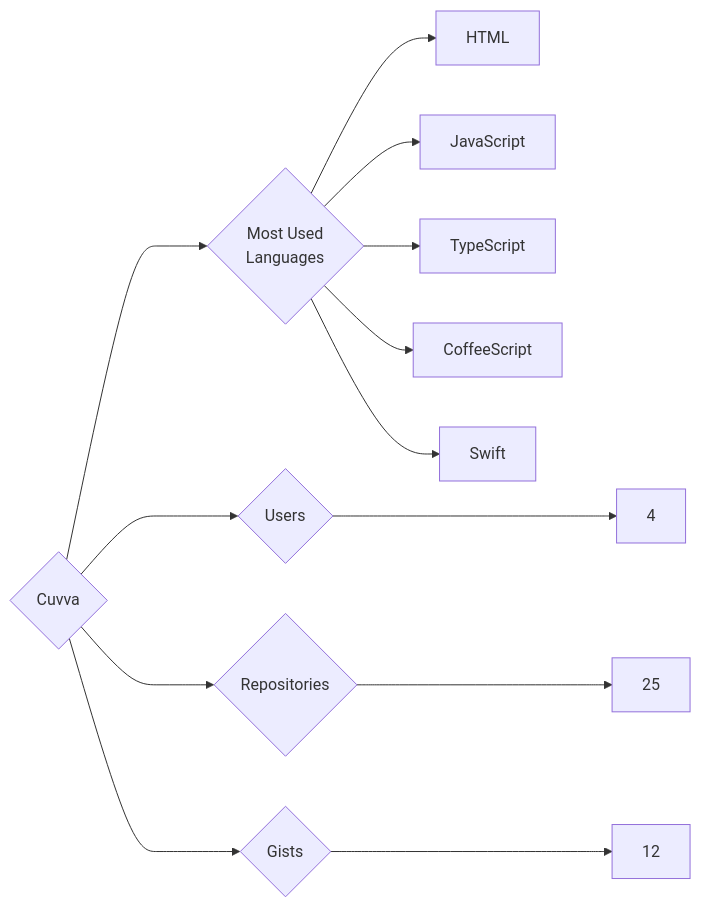
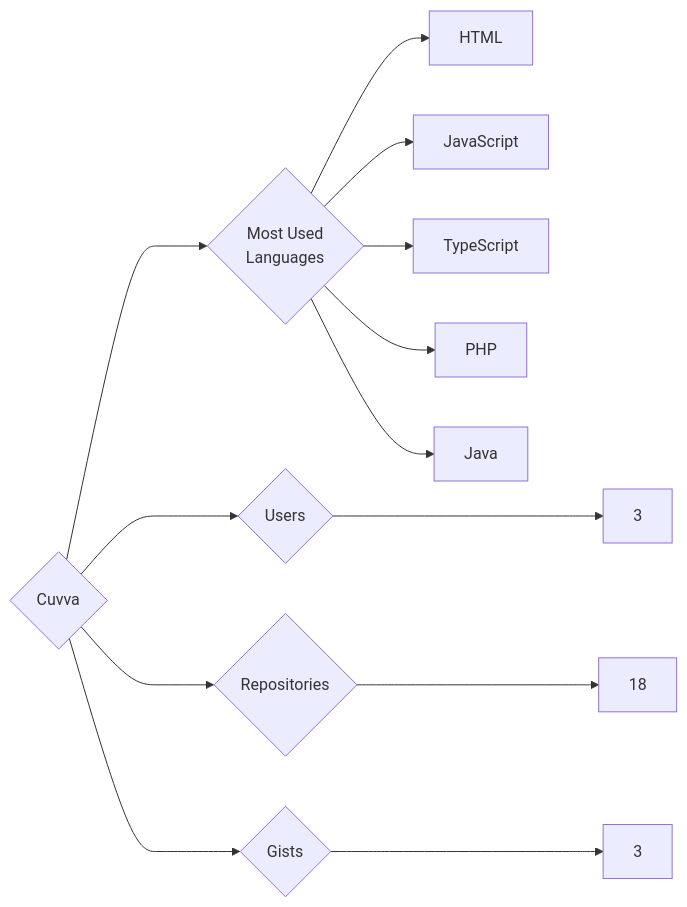
Before and after one commit to trickest/insiders: the diagram in targets/Cuvva/README.md, drawn with Mermaid. The commit also changed 934 other files, not shown here.

````diff
--- a/targets/Cuvva/README.md
+++ b/targets/Cuvva/README.md
@@ -3,13 +3,13 @@
 ```mermaid
 graph LR
 COMPANY_NAME{Cuvva}
-COMPANY_NAME ---> U{Users} ---> UN[4]
-COMPANY_NAME ---> R{Repositories} ---> RN[25]
-COMPANY_NAME ---> G{Gists} ---> GN[12]
+COMPANY_NAME ---> U{Users} ---> UN[3]
+COMPANY_NAME ---> R{Repositories} ---> RN[18]
+COMPANY_NAME ---> G{Gists} ---> GN[3]
 COMPANY_NAME ---> ML{Most Used<br>Languages}
 ML --> HTML[HTML]
 ML --> JavaScript[JavaScript]
 ML --> TypeScript[TypeScript]
-ML --> CoffeeScript[CoffeeScript]
-ML --> Swift[Swift]
+ML --> PHP[PHP]
+ML --> Java[Java]
 ```
````
